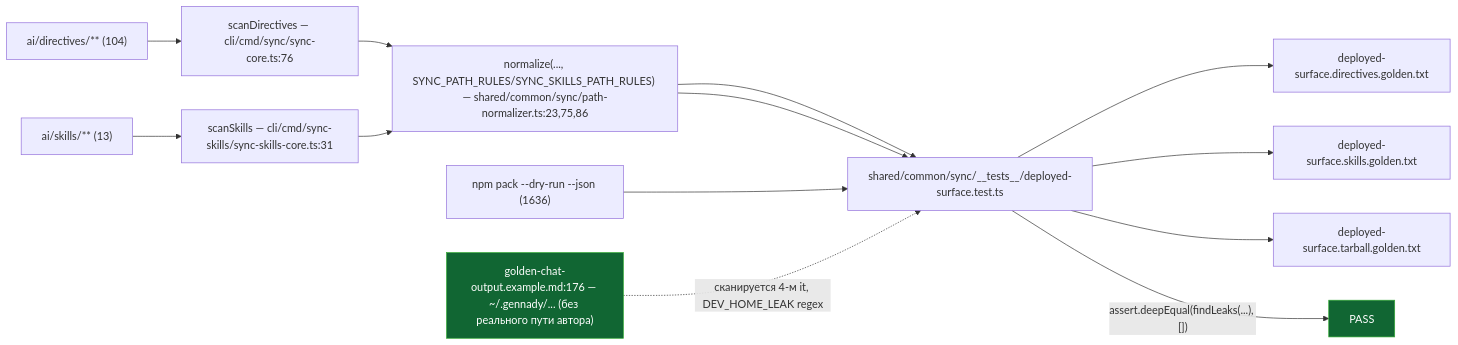
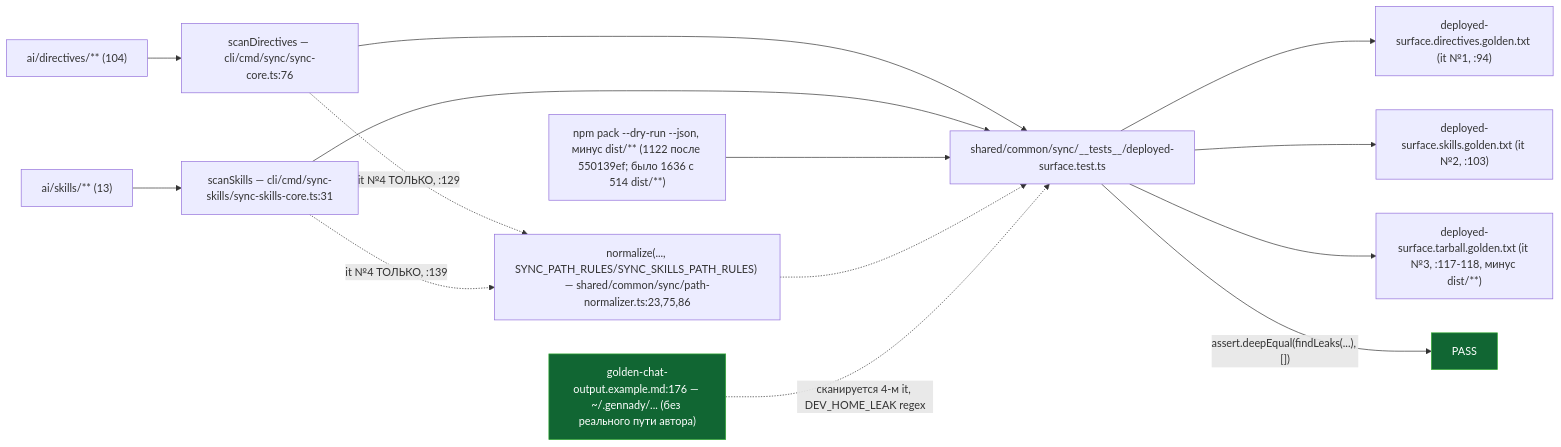
The second of 2 diagrams in ai/drafts/research/sdd-v1-to-v2-transfer/_raw/reports/R-SO-5.md (RubaXa/gennady), drawn with Mermaid before and after one commit. The commit also changed other lines of this file and 4 other files, not shown here.

````diff
--- a/ai/drafts/research/sdd-v1-to-v2-transfer/_raw/reports/R-SO-5.md
+++ b/ai/drafts/research/sdd-v1-to-v2-transfer/_raw/reports/R-SO-5.md
@@ -51,21 +53,24 @@
 ```mermaid
 flowchart LR
   DIRS["ai/directives/** (104)"]
   SKILLS["ai/skills/** (13)"]
-  PACK["npm pack --dry-run --json (1636)"]
+  PACK["npm pack --dry-run --json, минус dist/** (1122 после 550139ef; было 1636 с 514 dist/**)"]
   SYNCCORE["scanDirectives — cli/cmd/sync/sync-core.ts:76"]
   SKILLSCORE["scanSkills — cli/cmd/sync-skills/sync-skills-core.ts:31"]
   NORM["normalize(..., SYNC_PATH_RULES/SYNC_SKILLS_PATH_RULES) — shared/common/sync/path-normalizer.ts:23,75,86"]
   TEST["shared/common/sync/__tests__/deployed-surface.test.ts"]
-  G1["deployed-surface.directives.golden.txt"]
-  G2["deployed-surface.skills.golden.txt"]
-  G3["deployed-surface.tarball.golden.txt"]
+  G1["deployed-surface.directives.golden.txt (it №1, :94)"]
+  G2["deployed-surface.skills.golden.txt (it №2, :103)"]
+  G3["deployed-surface.tarball.golden.txt (it №3, :117-118, минус dist/**)"]
   LEAKFIX["golden-chat-output.example.md:176 — ~/.gennady/... (без реального пути автора)"]
-  DIRS --> SYNCCORE --> NORM --> TEST --> G1
-  SKILLS --> SKILLSCORE --> NORM --> TEST --> G2
+  DIRS --> SYNCCORE --> TEST --> G1
+  SKILLS --> SKILLSCORE --> TEST --> G2
   PACK --> TEST --> G3
+  SYNCCORE -.->|"it №4 ТОЛЬКО, :129"| NORM
+  SKILLSCORE -.->|"it №4 ТОЛЬКО, :139"| NORM
+  NORM -.-> TEST
   LEAKFIX -.->|"сканируется 4-м it, DEV_HOME_LEAK regex"| TEST
   TEST -->|"assert.deepEqual(findLeaks(...), [])"| PASS["PASS"]
   style PASS fill:#163,stroke:#3a3,color:#fff
   style LEAKFIX fill:#163,stroke:#3a3,color:#fff
 ```
````
